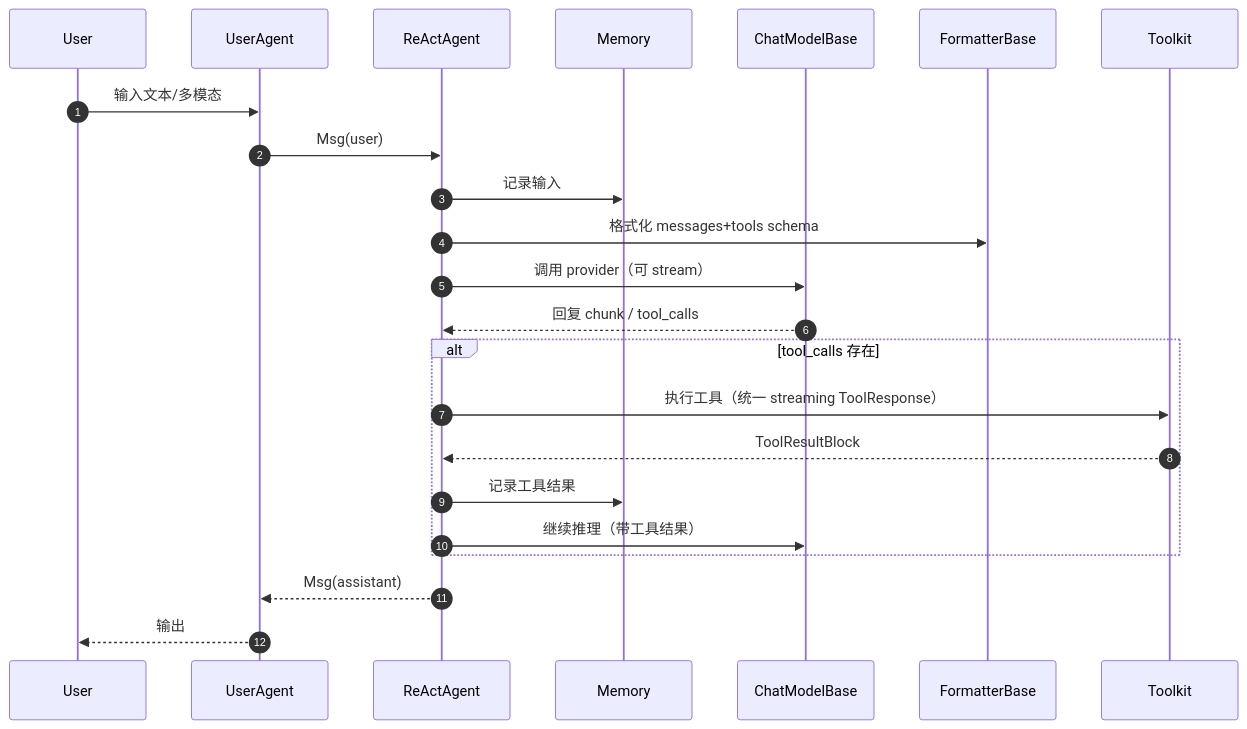
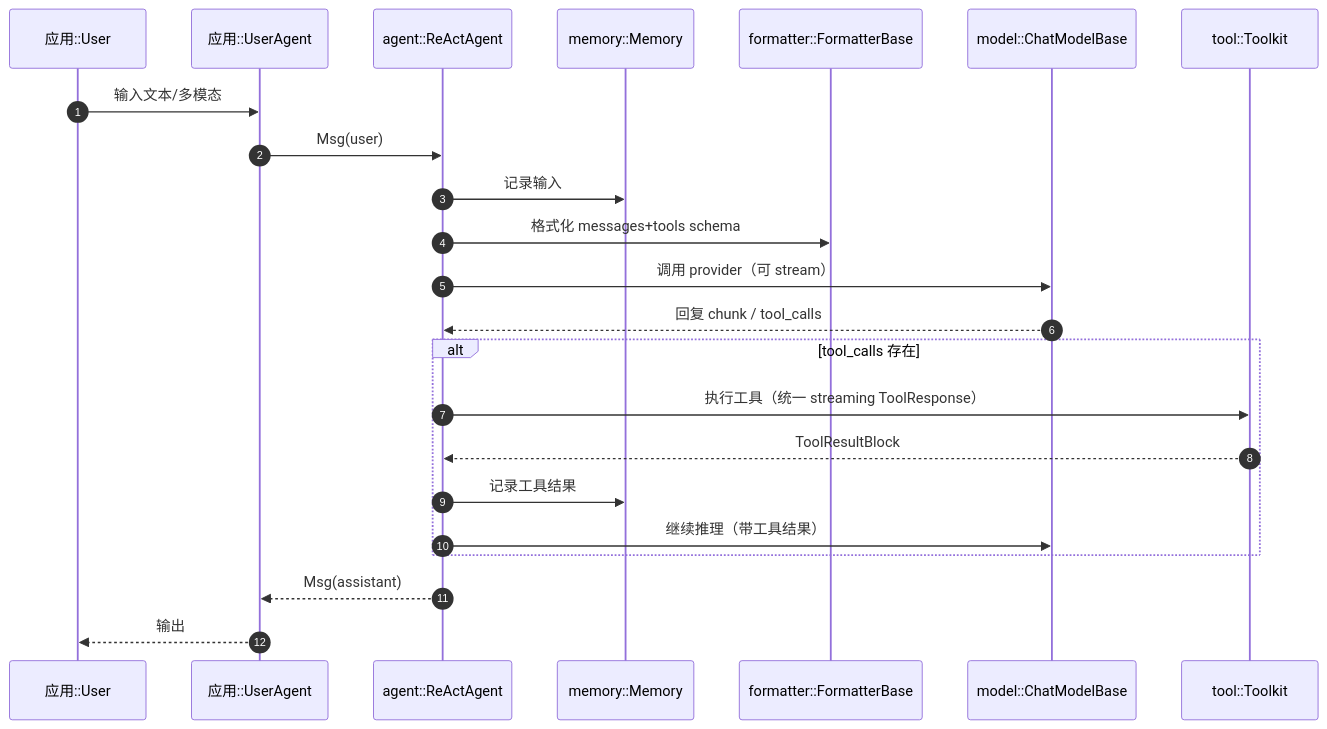
Before and after one commit to a2903214/agentscope-learning: the third of 3 diagrams in docs/agentscope-codebase/10-agentscope/overall_design.zh-CN.md, drawn with Mermaid. The commit also changed other lines of this file and 8 other files, not shown here.

Commit message:
更新文档：完善整体设计与模块结构分析，增加时序图与模块调用关系图，采用模块::参与者形式标注参与者来源。涉及内容包括 agentscope、agentscope-runtime、agentscope-studio、agentscope-spark-design 和 agentscope-samples 的代码结构与功能描述。

````diff
--- a/docs/agentscope-codebase/10-agentscope/overall_design.zh-CN.md
+++ b/docs/agentscope-codebase/10-agentscope/overall_design.zh-CN.md
@@ -66,26 +165,26 @@
 ```mermaid
 sequenceDiagram
   autonumber
-  participant U as User
-  participant UA as UserAgent
-  participant A as ReActAgent
-  participant Mem as Memory
-  participant Model as ChatModelBase
-  participant F as FormatterBase
-  participant TK as Toolkit
+  participant U as 应用::User
+  participant UA as 应用::UserAgent
+  participant A as agent::ReActAgent
+  participant Mem as memory::Memory
+  participant F as formatter::FormatterBase
+  participant Model as model::ChatModelBase
+  participant TK as tool::Toolkit
 
   U->>UA: 输入文本/多模态
   UA->>A: Msg(user)
   A->>Mem: 记录输入
   A->>F: 格式化 messages+tools schema
   A->>Model: 调用 provider（可 stream）
   Model-->>A: 回复 chunk / tool_calls
   alt tool_calls 存在
     A->>TK: 执行工具（统一 streaming ToolResponse）
     TK-->>A: ToolResultBlock
     A->>Mem: 记录工具结果
     A->>Model: 继续推理（带工具结果）
   end
   A-->>UA: Msg(assistant)
   UA-->>U: 输出
 ```
````
